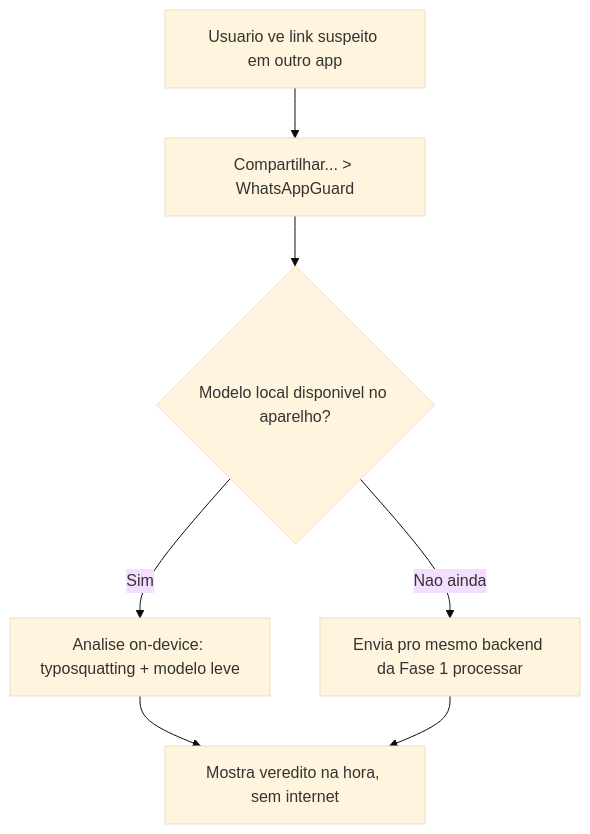
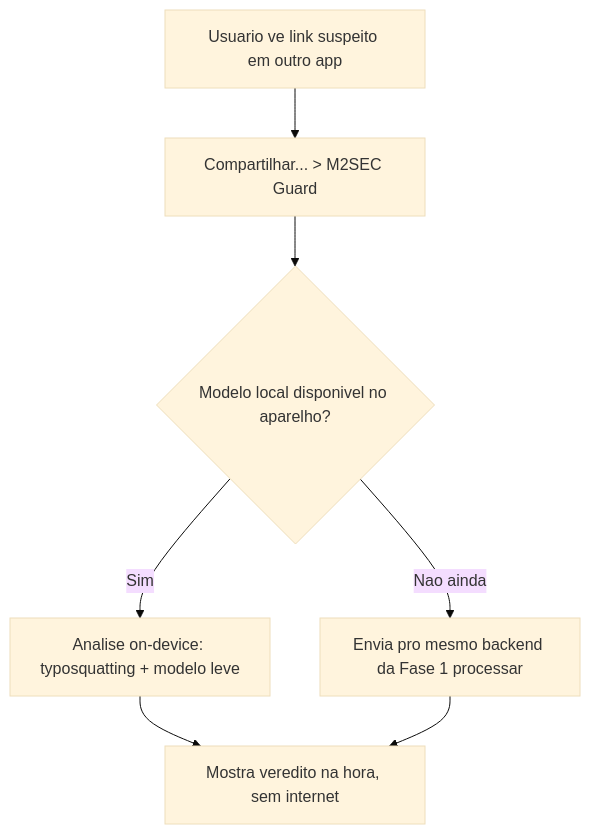
Before and after one commit to marleciooliveira/WhatsApp_guard: the fifth of 6 diagrams in PLANO_TECNICO_APP.md, drawn with Mermaid (base theme). The commit also changed other lines of this file and 11 other files, not shown here.

First line of the commit message:
Renomeia WhatsAppGuard para M2SEC Guard em todo o repo e reposiciona como servico da M2SEC

````diff
--- a/PLANO_TECNICO_APP.md
+++ b/PLANO_TECNICO_APP.md
@@ -77,9 +77,9 @@
 ```mermaid
 flowchart TD
-    A[Usuario ve link suspeito em outro app] --> B[Compartilhar... > WhatsAppGuard]
+    A[Usuario ve link suspeito em outro app] --> B[Compartilhar... > M2SEC Guard]
     B --> C{Modelo local disponivel no aparelho?}
     C -->|Sim| D[Analise on-device: typosquatting + modelo leve]
     C -->|Nao ainda| E[Envia pro mesmo backend da Fase 1 processar]
     D --> F[Mostra veredito na hora, sem internet]
     E --> F
 ```
````
